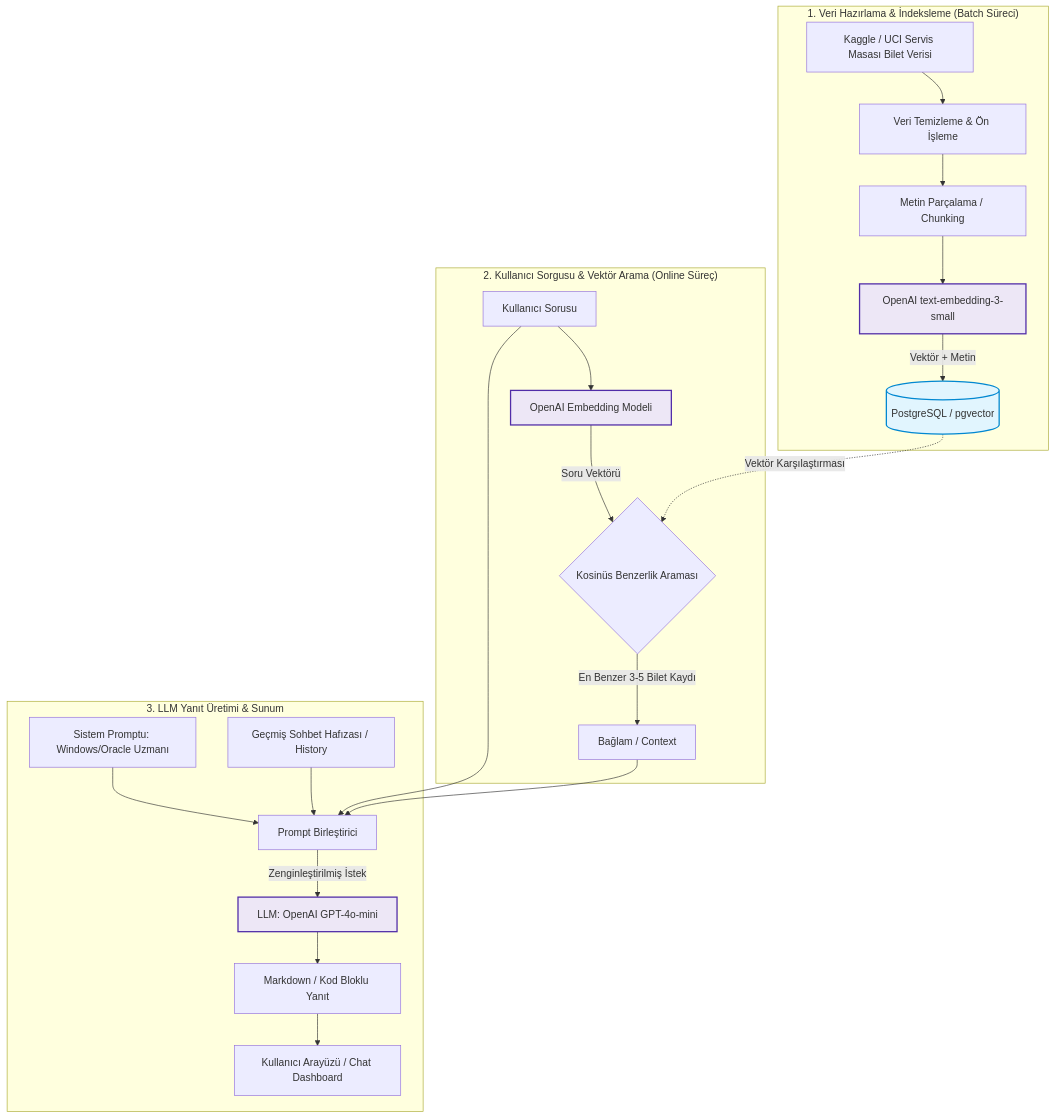
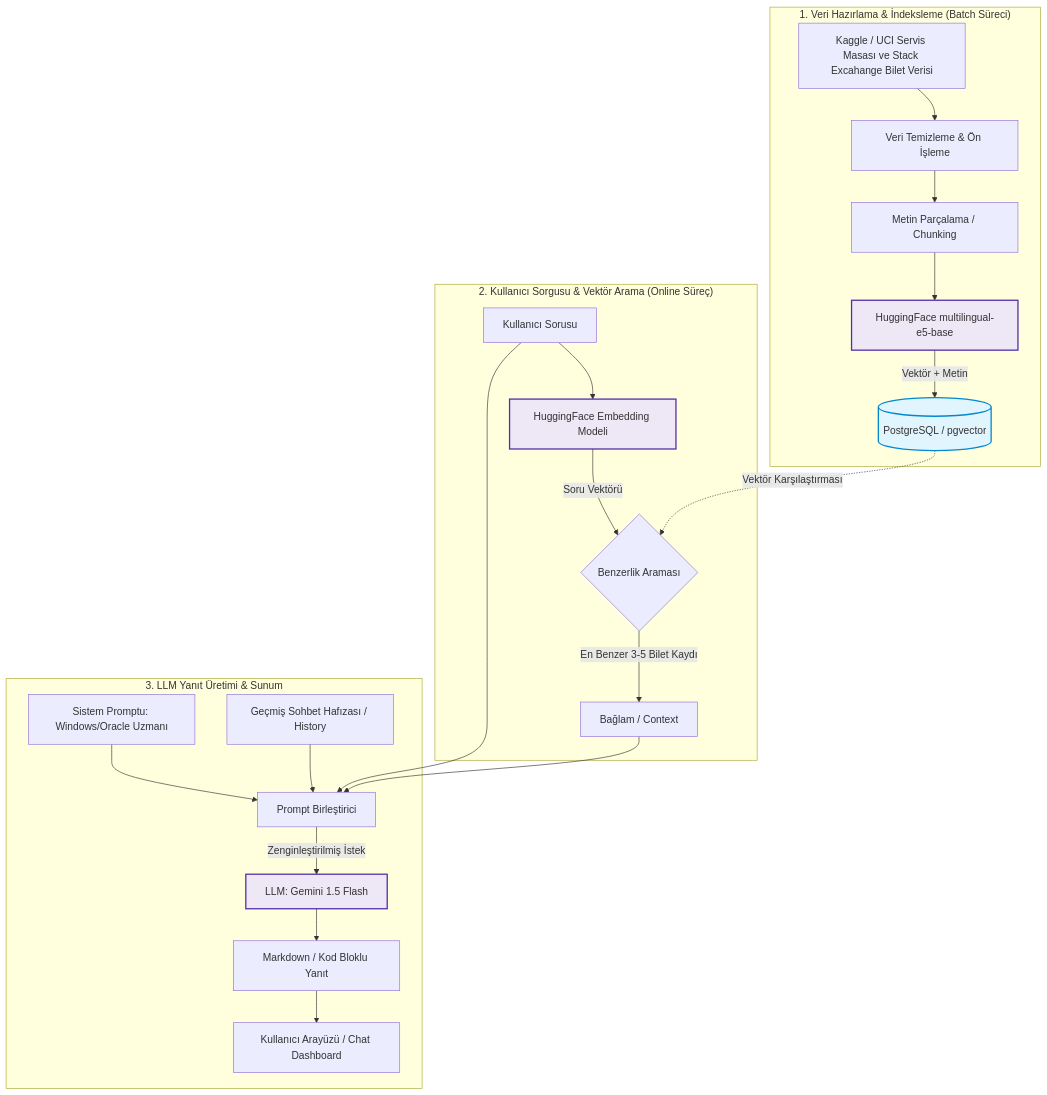
Before and after one commit to bayramogluhavvanur/Akilli-Servis-Masasi-Chatbot: the second of 2 diagrams in README.md, drawn with Mermaid. The commit also changed other lines of this file, not shown here.

````diff
--- a/README.md
+++ b/README.md
@@ -55,42 +55,42 @@
 ```mermaid
 flowchart TB
     %% 1. ve 2. Süreç: Yan Yana Üst Bloklar
     subgraph S1 ["1. Veri Hazırlama & İndeksleme (Batch Süreci)"]
-        A[Kaggle / UCI Servis Masası Bilet Verisi] --> B[Veri Temizleme & Ön İşleme]
+        A[Kaggle / UCI Servis Masası ve Stack Excahange Bilet Verisi] --> B[Veri Temizleme & Ön İşleme]
         B --> C[Metin Parçalama / Chunking]
-        C --> D[OpenAI text-embedding-3-small]
+        C --> D[HuggingFace multilingual-e5-base]
         D -->|Vektör + Metin| E[(PostgreSQL / pgvector)]
     end
 
     subgraph S2 ["2. Kullanıcı Sorgusu & Vektör Arama (Online Süreç)"]
-        U[Kullanıcı Sorusu] --> F[OpenAI Embedding Modeli]
-        F -->|Soru Vektörü| G{Kosinüs Benzerlik Araması}
+        U[Kullanıcı Sorusu] --> F[HuggingFace Embedding Modeli]
+        F -->|Soru Vektörü| G{Benzerlik Araması}
         G -->|En Benzer 3-5 Bilet Kaydı| H[Bağlam / Context]
     end
 
     %% S1 ve S2'nin yan yana durmasını sağlayan görünmez yatay bağ
     S1 ~~~ S2
 
     %% 1 ve 2 arasındaki dinamik veri köprüsü
     E -.->|Vektör Karşılaştırması| G
 
     %% 3. Süreç: Alt Katman (Yanıt Üretimi)
     subgraph S3 ["3. LLM Yanıt Üretimi & Sunum"]
         SP[Sistem Promptu: Windows/Oracle Uzmanı] --> I[Prompt Birleştirici]
         CH[Geçmiş Sohbet Hafızası / History] --> I
-        I -->|Zenginleştirilmiş İstek| J[LLM: OpenAI GPT-4o-mini]
+        I -->|Zenginleştirilmiş İstek| J[LLM: Gemini 1.5 Flash]
         J --> K[Markdown / Kod Bloklu Yanıt]
         K --> L[Kullanıcı Arayüzü / Chat Dashboard]
     end
 
     %% Üst Süreçlerden Alt Süreçteki Prompt Birleştiriciye Giden Orijinal Bağlantılar
     H --> I
     U --> I
 
     %% Görsel Stiller
     classDef db fill:#e1f5fe,stroke:#0288d1,stroke-width:2px;
     classDef llm fill:#ede7f6,stroke:#512da8,stroke-width:2px;
 
     class E db;
     class D,F,J llm;
 ```
````
